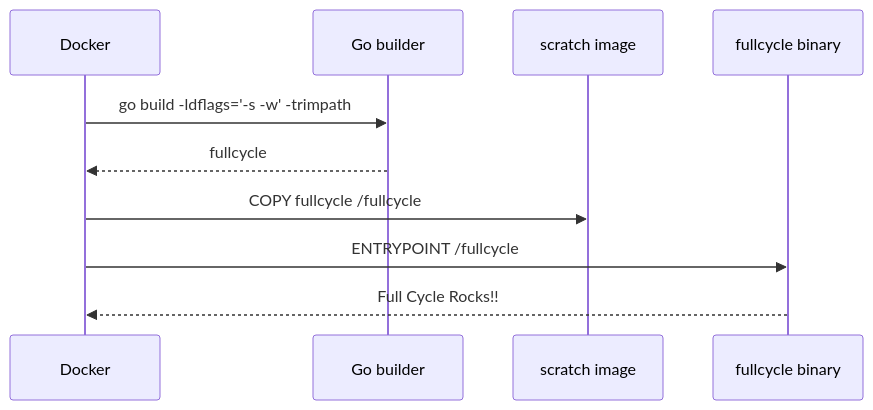
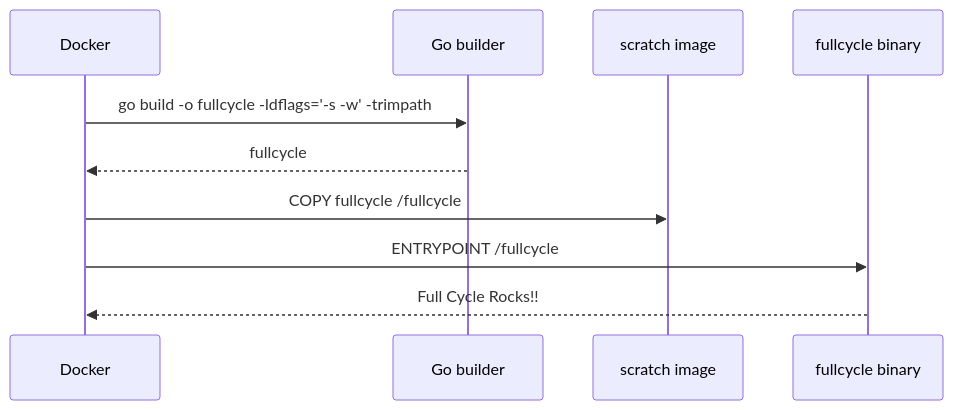
The diagram in README.md (JulianePires/fullcycle-docker-challenge), drawn with Mermaid before and after one commit.

Commit message:
docs: add output name to go build diagram step

````diff
--- a/README.md
+++ b/README.md
@@ -5,13 +5,13 @@
 ```mermaid
 sequenceDiagram
     participant Docker
     participant Builder as Go builder
     participant Runtime as scratch image
     participant App as fullcycle binary
 
-    Docker->>Builder: go build -ldflags='-s -w' -trimpath
+    Docker->>Builder: go build -o fullcycle -ldflags='-s -w' -trimpath
     Builder-->>Docker: fullcycle
     Docker->>Runtime: COPY fullcycle /fullcycle
     Docker->>App: ENTRYPOINT /fullcycle
     App-->>Docker: Full Cycle Rocks!!
 ```
````
